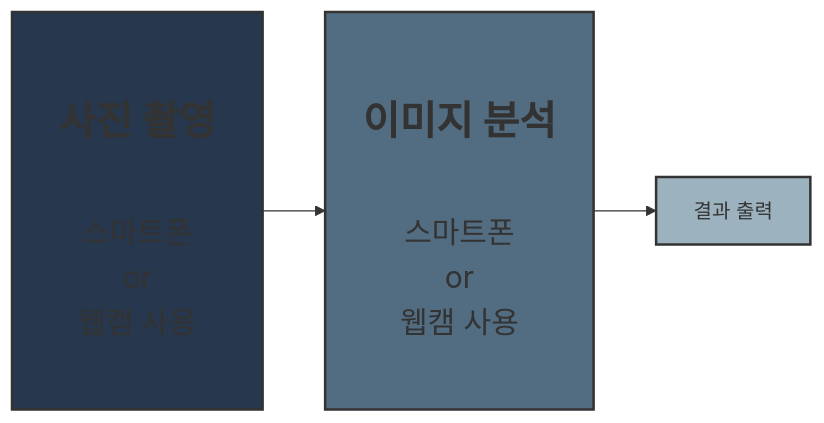
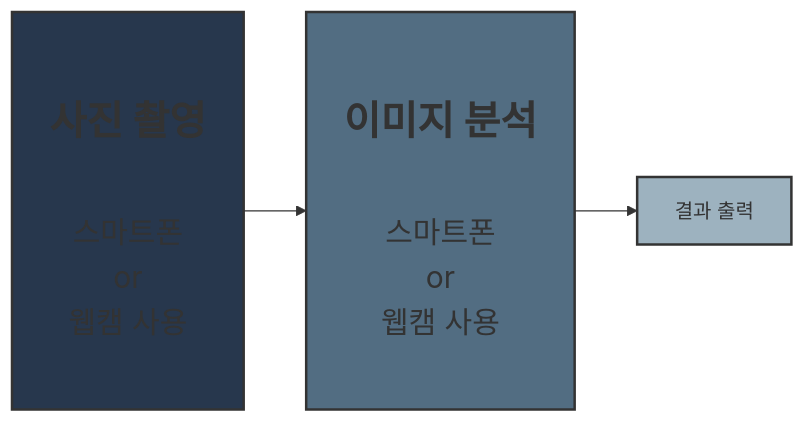
One commit to 201710808/-p changed the diagram in Readme.md. Above: the diagram before and after it, drawn with Mermaid.

````diff
--- a/Readme.md
+++ b/Readme.md
@@ -3,10 +3,10 @@
 ```mermaid
 graph LR
-A[<br><br><b><span style='font-size:32px'>&nbsp;사진 촬영&nbsp;</span></b>\n\n\n<span style='font-size:24px'>스마트폰\nor\n웹캠 사용<br><br>] --> B[<br><br><b><span style='font-size:32px'>이미지 분석</span></b>\n\n\n<span style='font-size:24px'>스마트폰\nor\n웹캠 사용<br><br>]
+A[<br><br><b><span style='font-size:32px'>사진 촬영</span></b>\n\n\n<span style='font-size:24px'>스마트폰\nor\n웹캠 사용<br><br>] --> B[<br><br><b><span style='font-size:32px'>이미지 분석</span></b>\n\n\n<span style='font-size:24px'>스마트폰\nor\n웹캠 사용<br><br>]
 B --> C[결과 출력]
 
 style A fill:#27374D,stroke:#333,stroke-width:2px
 style B fill:#526D82,stroke:#333,stroke-width:2px
 style C fill:#9DB2BF ,stroke:#333,stroke-width:2px
 
 ```
````
